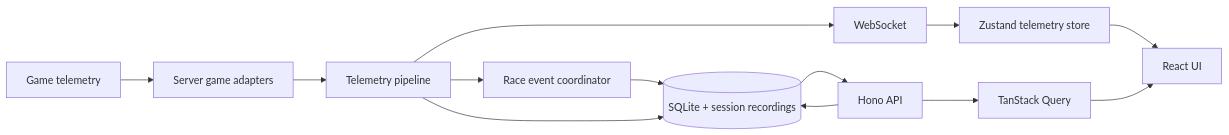
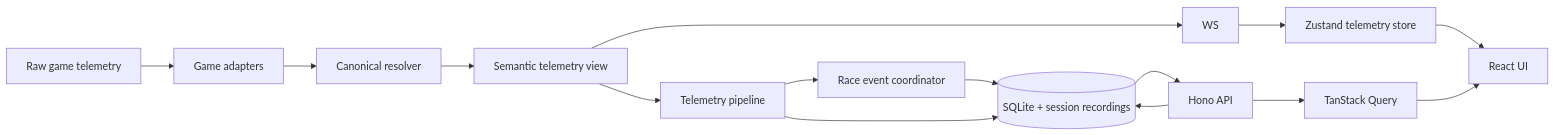
The diagram in docs/architecture/overview.md (SpeedHQ/RaceIQ), drawn with Mermaid before and after one commit. The commit also changed other lines of this file and 244 other files, not shown here.

Commit message:
feat: unify semantic telemetry authority

````diff
--- a/docs/architecture/overview.md
+++ b/docs/architecture/overview.md
@@ -7,15 +7,17 @@
 ```mermaid
 graph LR
-  Games[Game telemetry] --> Adapters[Server game adapters]
-  Adapters --> Pipeline[Telemetry pipeline]
+  Games[Raw game telemetry] --> Adapters[Game adapters]
+  Adapters --> Resolver[Canonical resolver]
+  Resolver --> Semantic[Semantic telemetry view]
+  Semantic --> Pipeline[Telemetry pipeline]
   Pipeline --> Timeline[Race event coordinator]
   Timeline --> DB
   Pipeline --> DB[(SQLite + session recordings)]
-  Pipeline --> WS[WebSocket]
+  Semantic --> WS
   API[Hono API] --> DB
   DB --> API
   WS --> Store[Zustand telemetry store]
   API --> Query[TanStack Query]
   Store --> UI[React UI]
   Query --> UI
 ```
````
